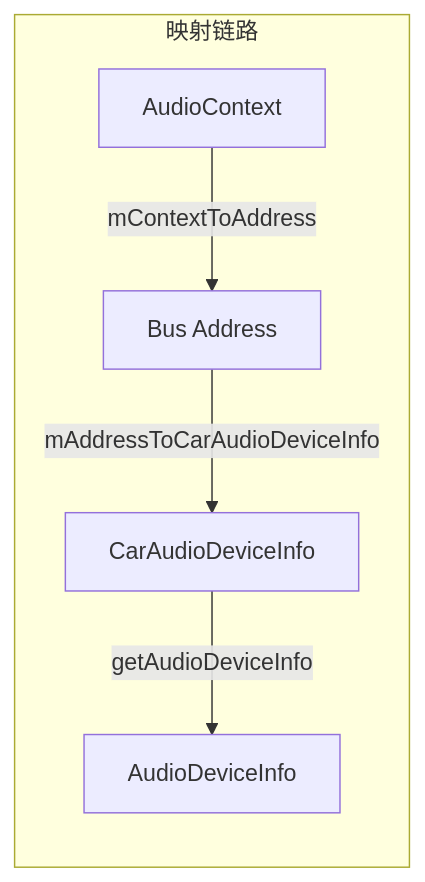
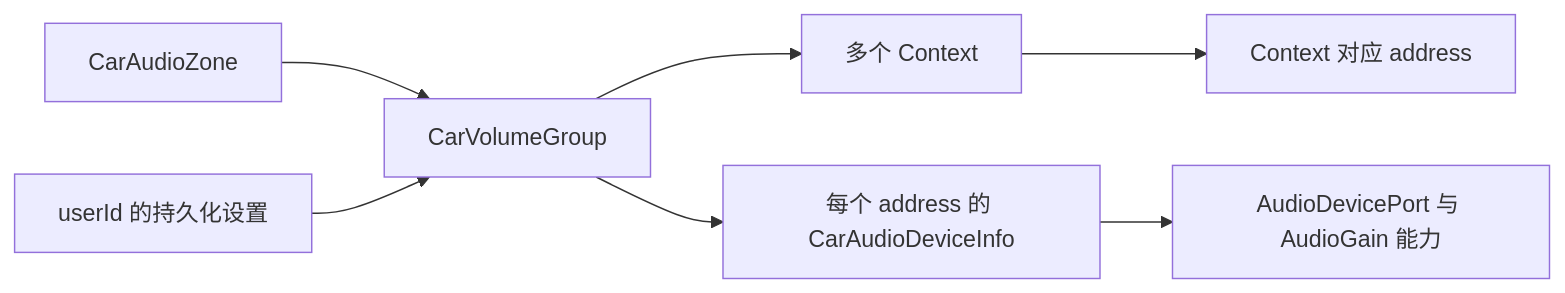
The first of 3 diagrams in 09_AAOS_Car_Audio/09_9.5_CarVolumeGroup-车载音量组.md (yanglinzhen1022/SA8295_AAOS_QNX_Audio_KnowledgeBase), drawn with Mermaid before and after one commit. The commit also changed other lines of this file and 11 other files, not shown here.

````diff
--- a/09_AAOS_Car_Audio/09_9.5_CarVolumeGroup-车载音量组.md
+++ b/09_AAOS_Car_Audio/09_9.5_CarVolumeGroup-车载音量组.md
@@ -137,8 +18,9 @@
 ```mermaid
 flowchart LR
-    subgraph 映射链路
-        A[AudioContext] -->|mContextToAddress| B[Bus Address]
-        B -->|mAddressToCarAudioDeviceInfo| C[CarAudioDeviceInfo]
-        C -->|getAudioDeviceInfo| D[AudioDeviceInfo]
-    end
+    Z[CarAudioZone] --> G[CarVolumeGroup]
+    G --> C[多个 Context]
+    C --> A[Context 对应 address]
+    G --> D[每个 address 的 CarAudioDeviceInfo]
+    D --> P[AudioDevicePort 与 AudioGain 能力]
+    U[userId 的持久化设置] --> G
 ```
````
